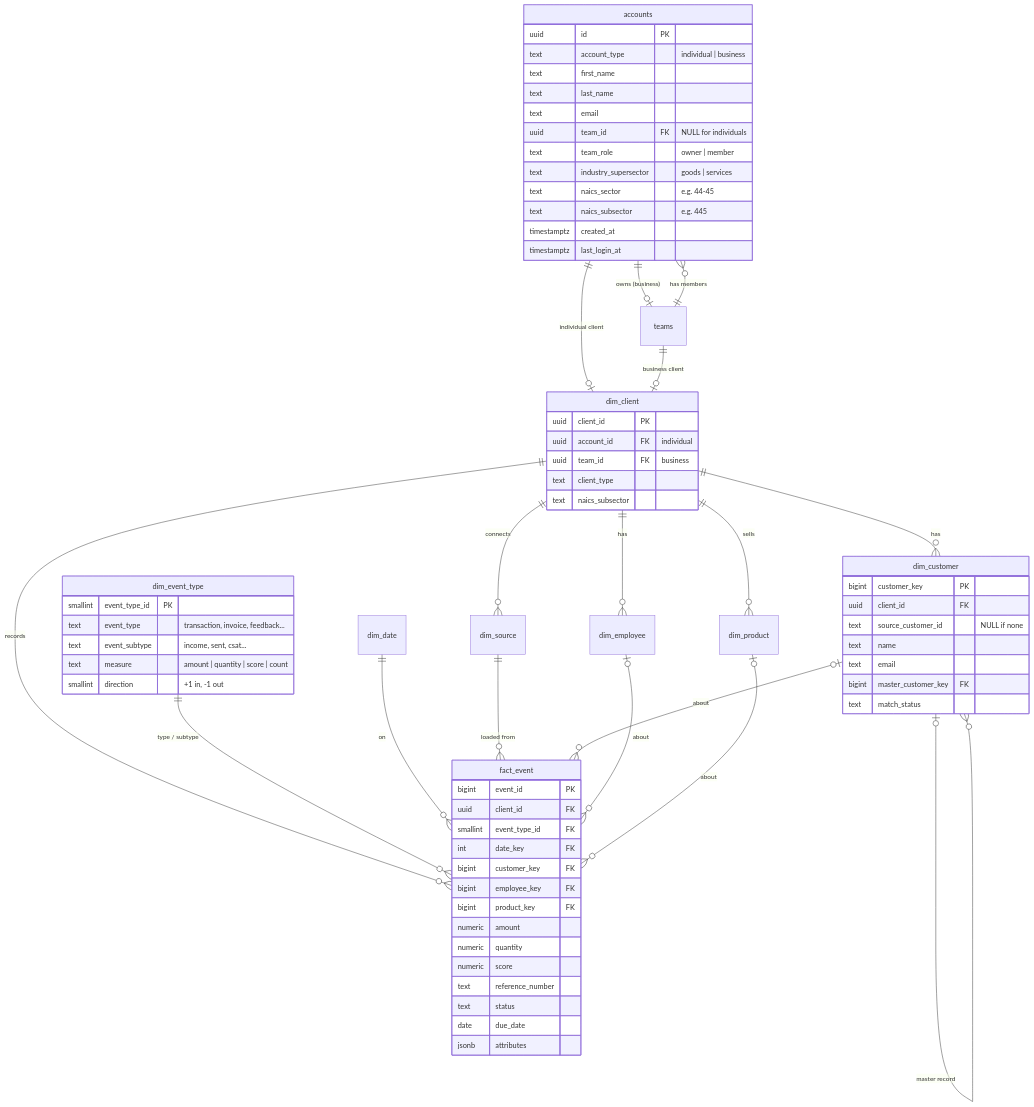
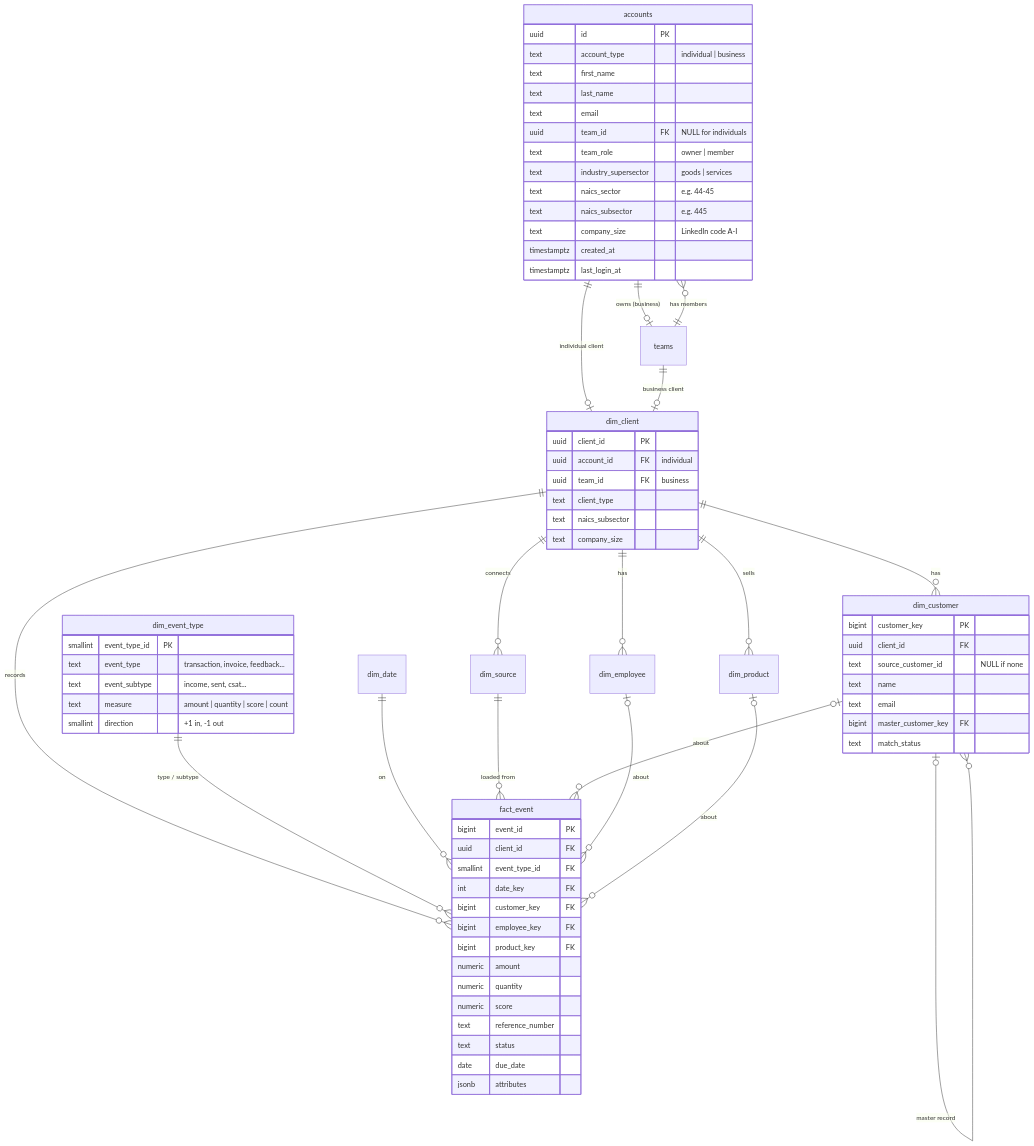
The diagram in docs/DATA_MODEL.md (b-i-king/Data-Consulting-Platform), drawn with Mermaid before and after one commit. The commit also changed other lines of this file and 83 other files, not shown here.

````diff
--- a/docs/DATA_MODEL.md
+++ b/docs/DATA_MODEL.md
@@ -53,73 +54,75 @@
 ```mermaid
 erDiagram
     accounts ||--o| teams : "owns (business)"
     teams ||--o{ accounts : "has members"
     accounts ||--o| dim_client : "individual client"
     teams ||--o| dim_client : "business client"
     dim_client ||--o{ dim_source : "connects"
     dim_client ||--o{ dim_customer : has
     dim_client ||--o{ dim_employee : has
     dim_client ||--o{ dim_product : sells
     dim_client ||--o{ fact_event : records
     dim_event_type ||--o{ fact_event : "type / subtype"
     dim_date ||--o{ fact_event : "on"
     dim_source ||--o{ fact_event : "loaded from"
     dim_customer |o--o{ fact_event : "about"
     dim_employee |o--o{ fact_event : "about"
     dim_product |o--o{ fact_event : "about"
     dim_customer |o--o{ dim_customer : "master record"
 
     accounts {
         uuid id PK
         text account_type "individual | business"
         text first_name
         text last_name
         text email
         uuid team_id FK "NULL for individuals"
         text team_role "owner | member"
         text industry_supersector "goods | services"
         text naics_sector "e.g. 44-45"
         text naics_subsector "e.g. 445"
+        text company_size "LinkedIn code A-I"
         timestamptz created_at
         timestamptz last_login_at
     }
     dim_client {
         uuid client_id PK
         uuid account_id FK "individual"
         uuid team_id FK "business"
         text client_type
         text naics_subsector
+        text company_size
     }
     dim_event_type {
         smallint event_type_id PK
         text event_type "transaction, invoice, feedback..."
         text event_subtype "income, sent, csat..."
         text measure "amount | quantity | score | count"
         smallint direction "+1 in, -1 out"
     }
     fact_event {
         bigint event_id PK
         uuid client_id FK
         smallint event_type_id FK
         int date_key FK
         bigint customer_key FK
         bigint employee_key FK
         bigint product_key FK
         numeric amount
         numeric quantity
         numeric score
         text reference_number
         text status
         date due_date
         jsonb attributes
     }
     dim_customer {
         bigint customer_key PK
         uuid client_id FK
         text source_customer_id "NULL if none"
         text name
         text email
         bigint master_customer_key FK
         text match_status
     }
 ```
````
